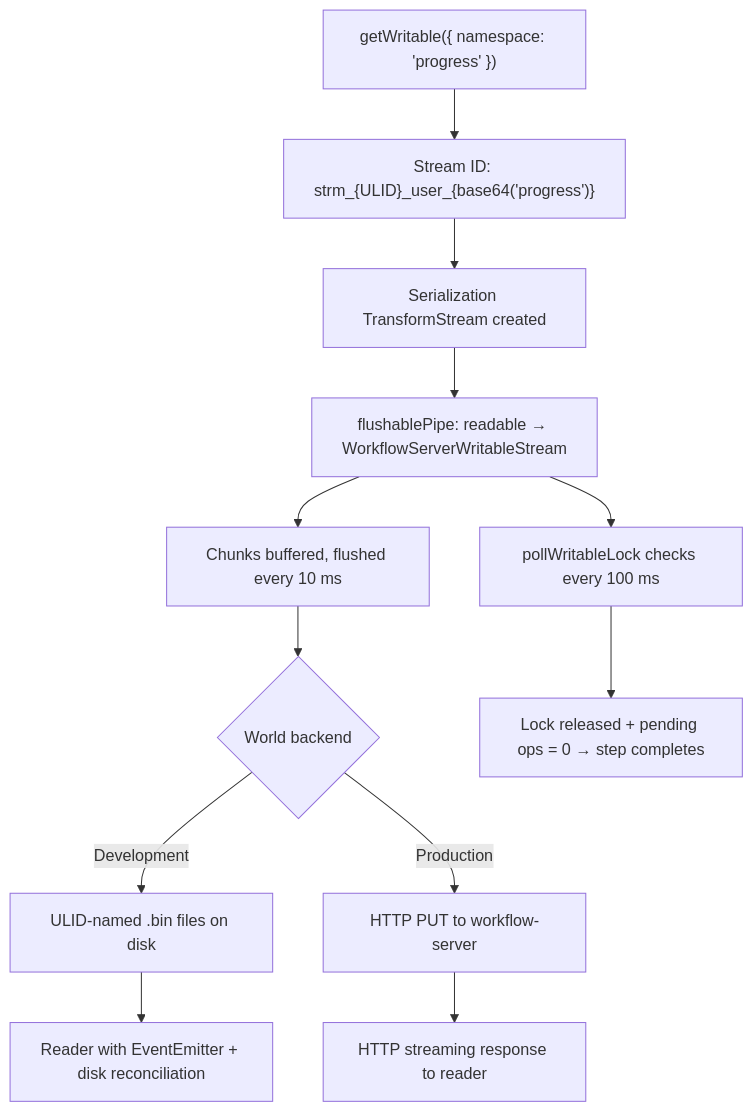
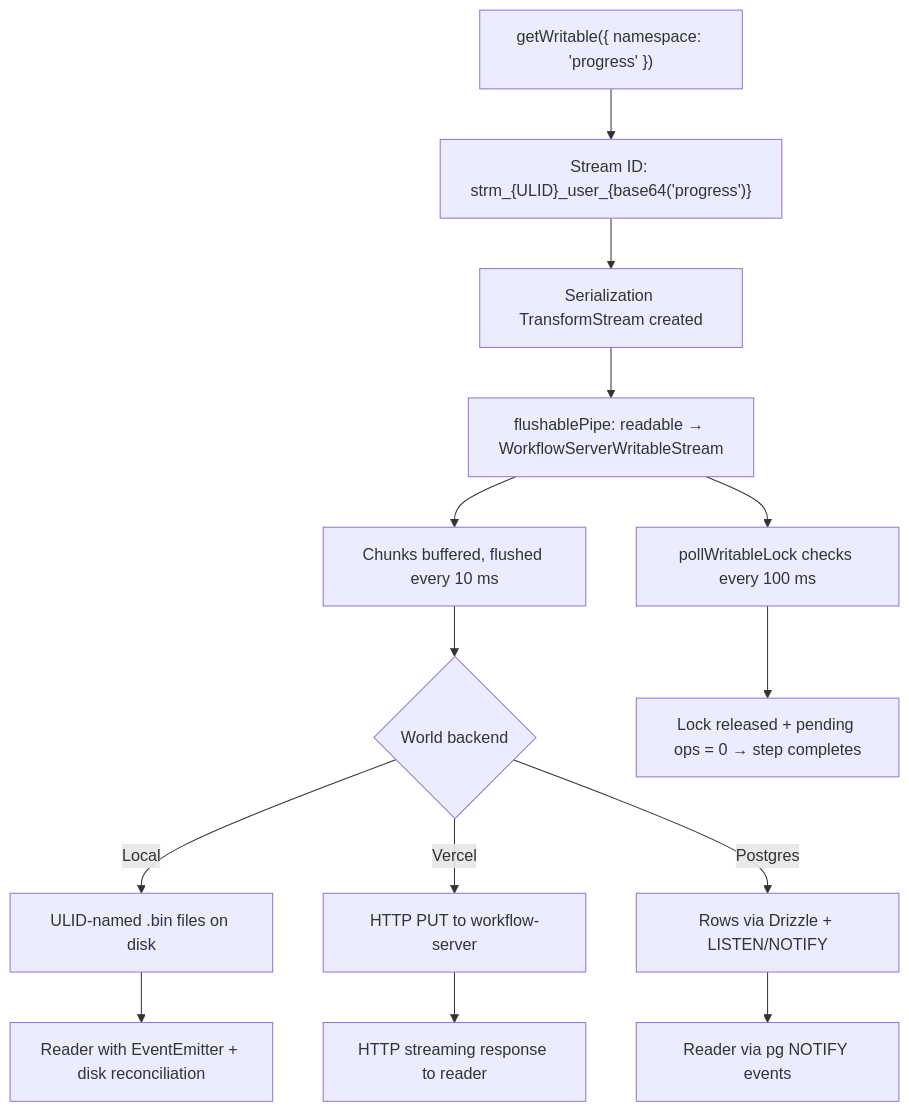
Before and after one commit to yikZero/workflow: the diagram in docs/content/deep-dives/durable-streaming-blog.mdx, drawn with Mermaid. The commit also changed other lines of this file and 2 other files, not shown here.

````diff
--- a/docs/content/deep-dives/durable-streaming-blog.mdx
+++ b/docs/content/deep-dives/durable-streaming-blog.mdx
@@ -287,14 +293,16 @@
 ```mermaid
 flowchart TD
     A["getWritable({ namespace: 'progress' })"] --> B["Stream ID: strm_{ULID}_user_{base64('progress')}"]
     B --> C["Serialization TransformStream created"]
     C --> D["flushablePipe: readable → WorkflowServerWritableStream"]
     D --> E["Chunks buffered, flushed every 10 ms"]
     E --> F{"World backend"}
-    F -->|"Development"| G["ULID-named .bin files on disk"]
-    F -->|"Production"| H["HTTP PUT to workflow-server"]
+    F -->|"Local"| G["ULID-named .bin files on disk"]
+    F -->|"Vercel"| H["HTTP PUT to workflow-server"]
+    F -->|"Postgres"| P["Rows via Drizzle + LISTEN/NOTIFY"]
     G --> I["Reader with EventEmitter + disk reconciliation"]
     H --> J["HTTP streaming response to reader"]
+    P --> Q["Reader via pg NOTIFY events"]
     D --> K["pollWritableLock checks every 100 ms"]
     K --> L["Lock released + pending ops = 0 → step completes"]
 ```
````
